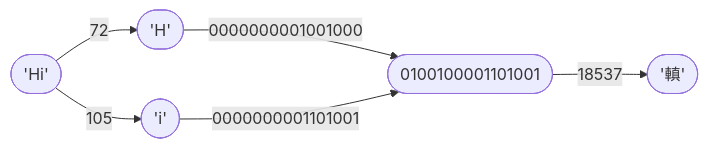
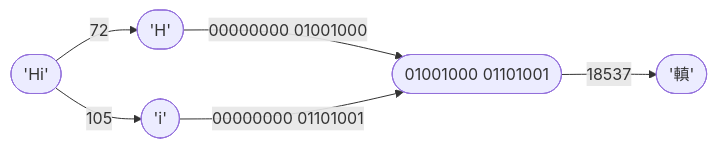
Before and after one commit to JustDeveloper1/JSSC.js.org: the diagram in docs/internals/modes/02.md, drawn with Mermaid. The commit also changed 13 other files, not shown here.

````diff
--- a/docs/internals/modes/02.md
+++ b/docs/internals/modes/02.md
@@ -8,9 +8,9 @@
 ```mermaid
 flowchart LR
     A(["'Hi'"])
     A -->|"72"| B(["'H'"])
-    B -->|"0000000001001000"| D(["0100100001101001"])
+    B -->|"00000000 01001000"| D(["01001000 01101001"])
     A -->|"105"| C(["'i'"]) 
-    C -->|"0000000001101001"| D
+    C -->|"00000000 01101001"| D
     D -->|"18537"| E(["'䡩'"])
 ```
````
